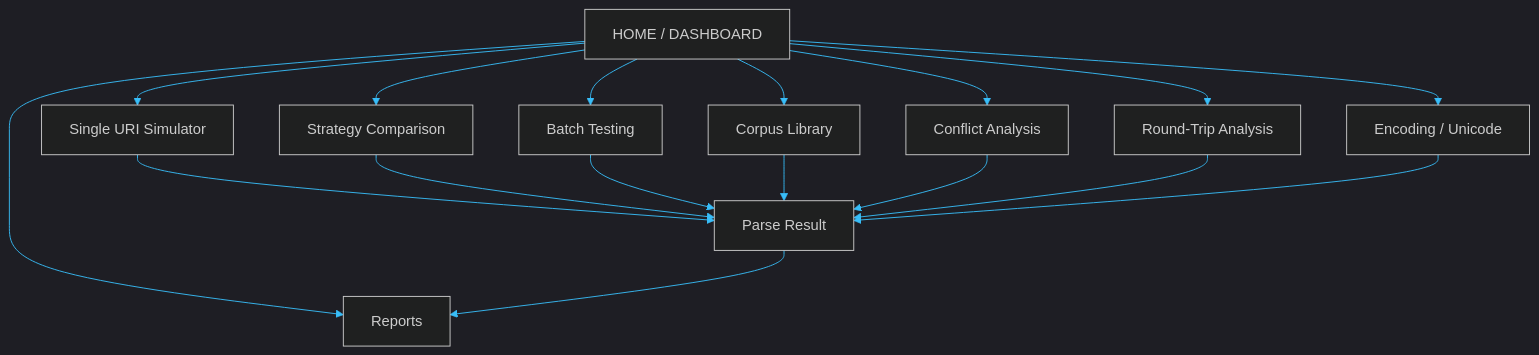
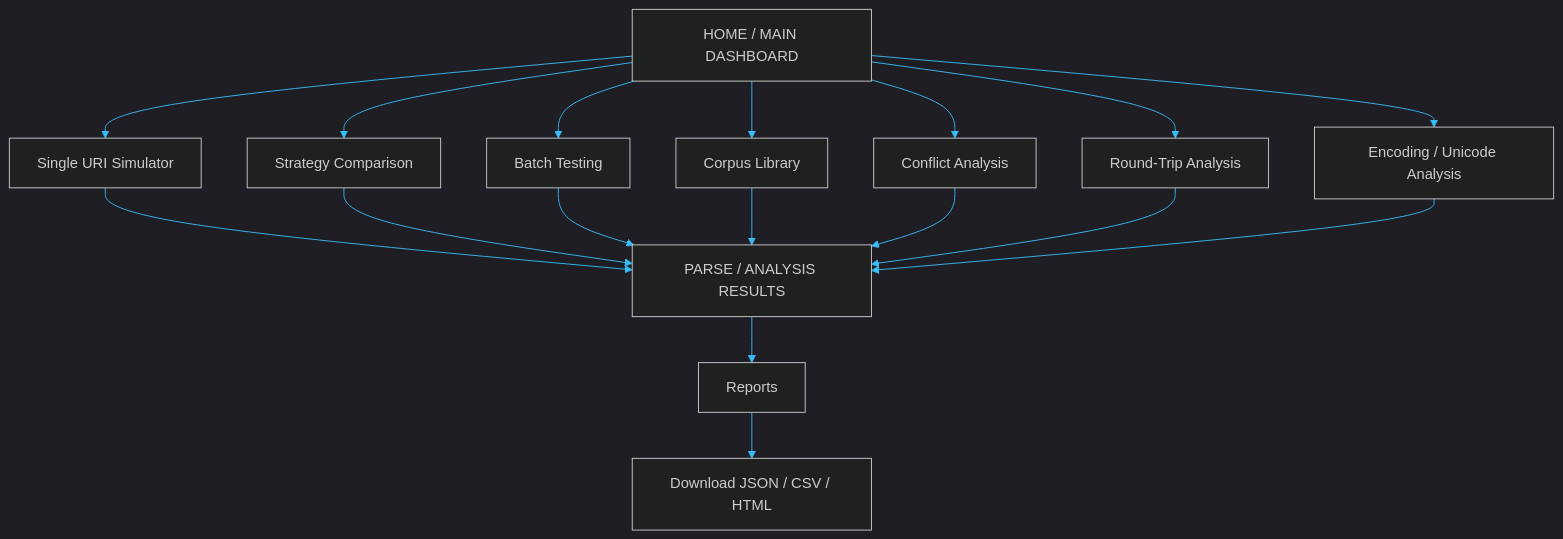
One commit to aiori-hackathon/A3-PS026-TC073 changed diagram 13 of 15 in README.md. Above: the diagram before and after it, drawn with Mermaid. The commit also changed other lines of this file, not shown here.

````diff
--- a/README.md
+++ b/README.md
@@ -1333,22 +1341,24 @@
 ```mermaid
 %%{init: {'theme':'dark','themeVariables': {'darkMode': true,'background':'#07111F','primaryColor':'#102A43','primaryTextColor':'#E6F6FF','primaryBorderColor':'#22D3EE','lineColor':'#38BDF8','secondaryColor':'#0B2238','tertiaryColor':'#123B63','fontFamily':'ui-monospace, SFMono-Regular, Consolas, monospace'}}}%%
 flowchart TB
-    HOME["HOME / DASHBOARD"]
+    HOME["HOME / MAIN DASHBOARD"]
     HOME --> A["Single URI Simulator"]
     HOME --> B["Strategy Comparison"]
     HOME --> C["Batch Testing"]
     HOME --> D["Corpus Library"]
     HOME --> E["Conflict Analysis"]
     HOME --> F["Round-Trip Analysis"]
-    HOME --> G["Encoding / Unicode"]
-    HOME --> H["Reports"]
+    HOME --> G["Encoding / Unicode Analysis"]
 
-    A --> I["Parse Result"]
-    B --> I
-    C --> I
-    D --> I
-    E --> I
-    F --> I
-    G --> I
-    I --> H
+    A --> RESULT["PARSE / ANALYSIS RESULTS"]
+    B --> RESULT
+    C --> RESULT
+    D --> RESULT
+    E --> RESULT
+    F --> RESULT
+    G --> RESULT
+
+    RESULT --> H["Reports"]
+    H --> J["Download JSON / CSV / HTML"]
+
 ```
````
